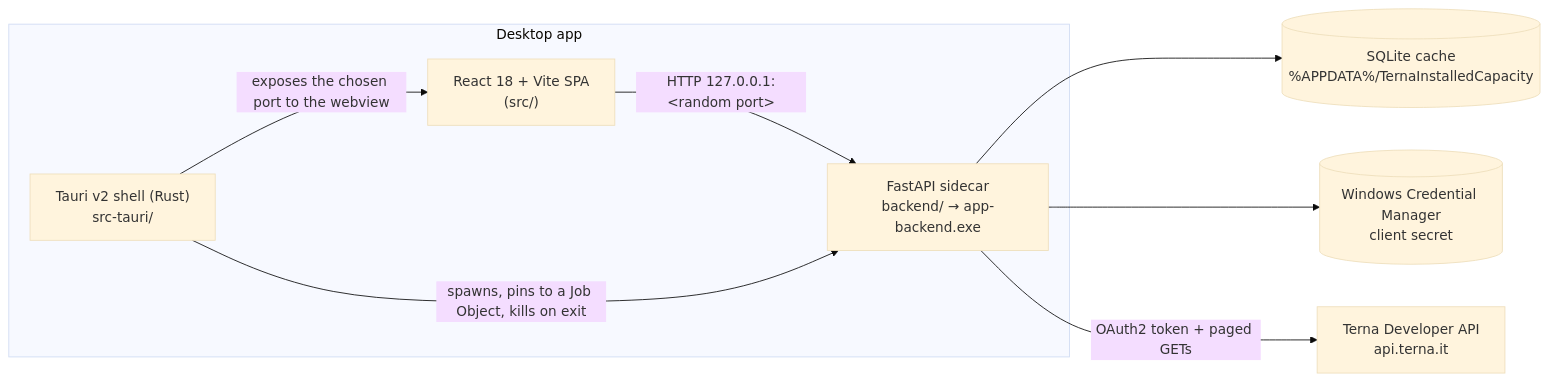
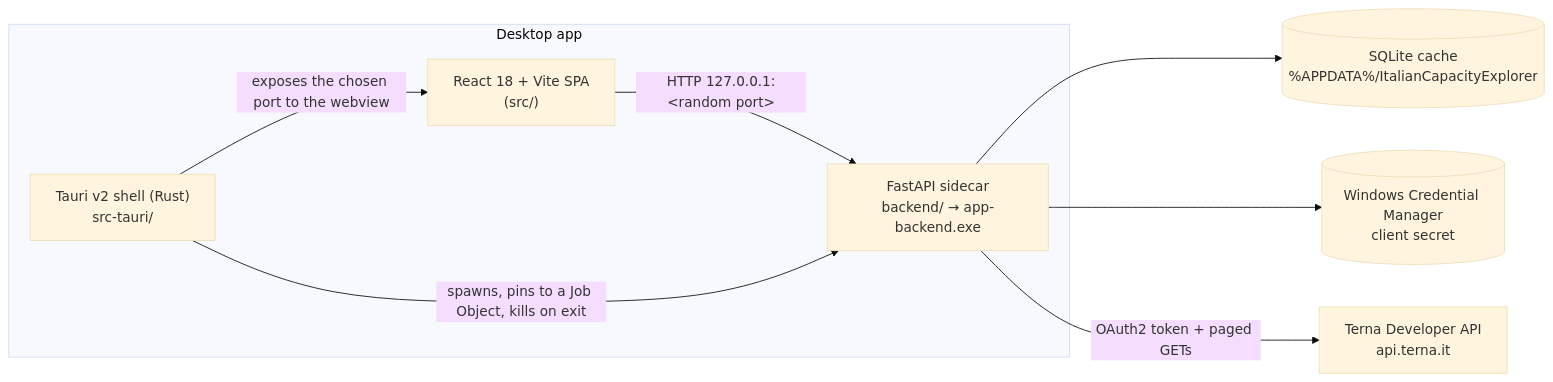
The diagram in README.md (tomdacu/italian-installed-power-plants-explorer), drawn with Mermaid (base theme) before and after one commit. The commit also changed other lines of this file and 19 other files, not shown here.

First line of the commit message:
Rename to Italian Capacity Explorer, MIT license, data-correctness and UI fixes

````diff
--- a/README.md
+++ b/README.md
@@ -57,18 +57,18 @@
 ```mermaid
 flowchart LR
   subgraph Desktop app
     UI["React 18 + Vite SPA<br/>(src/)"]
     Shell["Tauri v2 shell (Rust)<br/>src-tauri/"]
     Sidecar["FastAPI sidecar<br/>backend/ → app-backend.exe"]
   end
-  Cache[("SQLite cache<br/>%APPDATA%/TernaInstalledCapacity")]
+  Cache[("SQLite cache<br/>%APPDATA%/ItalianCapacityExplorer")]
   KC[("Windows Credential Manager<br/>client secret")]
   Terna["Terna Developer API<br/>api.terna.it"]
 
   UI -- "HTTP 127.0.0.1:&lt;random port&gt;" --> Sidecar
   Shell -- "spawns, pins to a Job Object, kills on exit" --> Sidecar
   Shell -- "exposes the chosen port to the webview" --> UI
   Sidecar --> Cache
   Sidecar --> KC
   Sidecar -- "OAuth2 token + paged GETs" --> Terna
 ```
````
